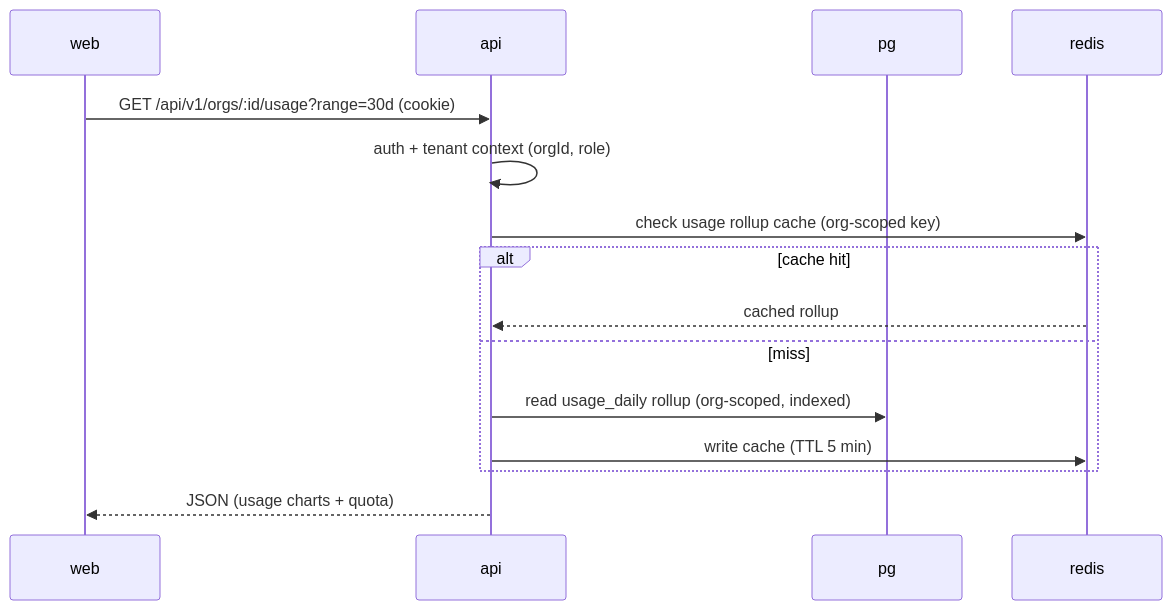
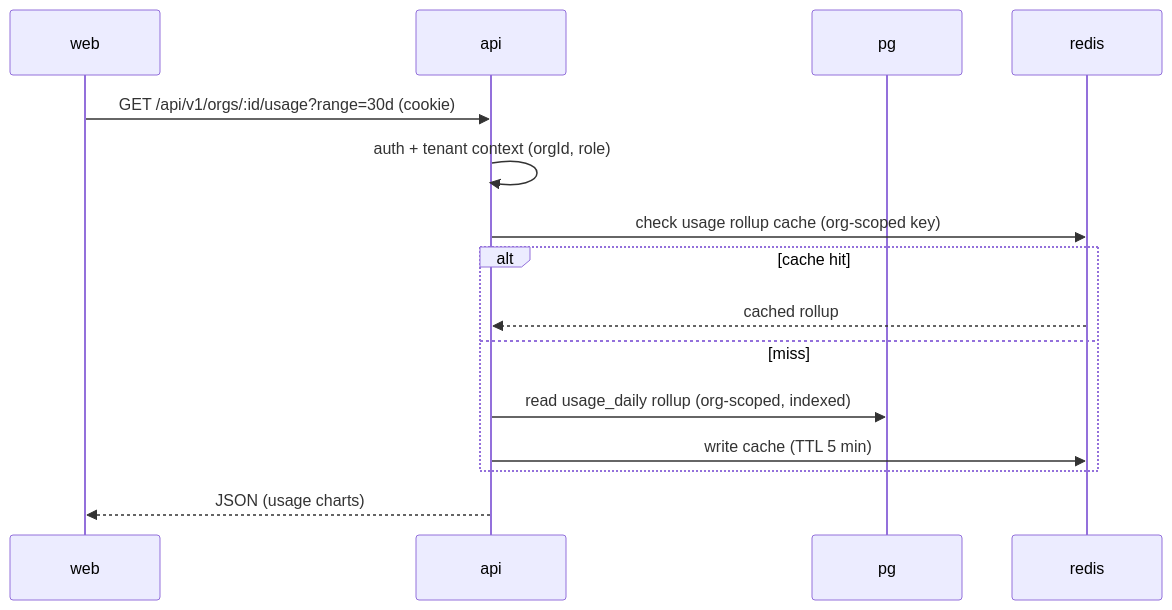
The third of 3 diagrams in docs/TECHNICAL/SYSTEM_ARCHITECTURE.md (soumyachk101/VERCODE), drawn with Mermaid before and after one commit. The commit also changed other lines of this file and 99 other files, not shown here.

````diff
--- a/docs/TECHNICAL/SYSTEM_ARCHITECTURE.md
+++ b/docs/TECHNICAL/SYSTEM_ARCHITECTURE.md
@@ -82,17 +81,17 @@
 ```mermaid
 sequenceDiagram
   participant UI as web
   participant API as api
   participant PG as pg
   participant RD as redis
   UI->>API: GET /api/v1/orgs/:id/usage?range=30d (cookie)
   API->>API: auth + tenant context (orgId, role)
   API->>RD: check usage rollup cache (org-scoped key)
   alt cache hit
     RD-->>API: cached rollup
   else miss
     API->>PG: read usage_daily rollup (org-scoped, indexed)
     API->>RD: write cache (TTL 5 min)
   end
-  API-->>UI: JSON (usage charts + quota)
+  API-->>UI: JSON (usage charts)
 ```
````
